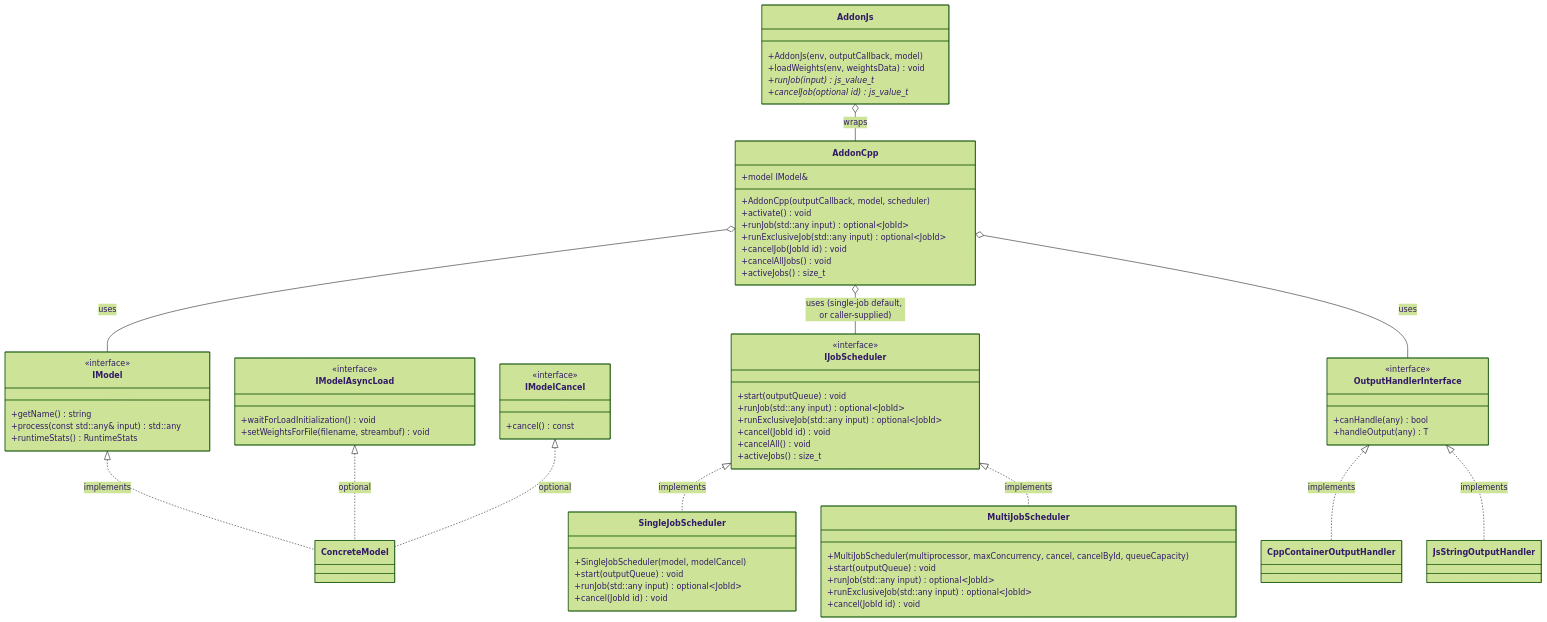
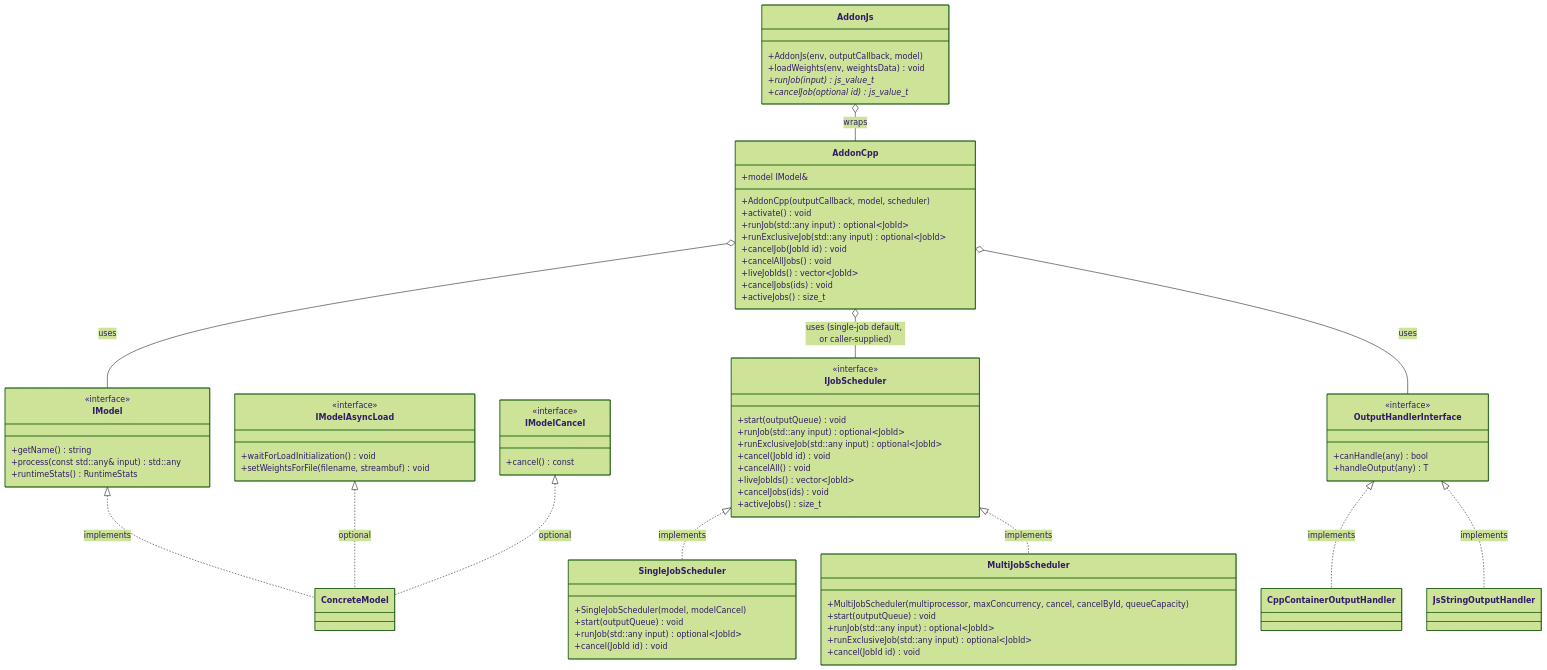
Before and after one commit to tetherto/qvac: the second of 3 diagrams in packages/inference-addon-cpp/docs/architecture.md, drawn with Mermaid (forest theme). The commit also changed other lines of this file and 11 other files, not shown here.

First line of the commit message:
fix[api]: cancel only a snapshot of live jobs when JS cancels without id

```diff
--- a/packages/inference-addon-cpp/docs/architecture.md
+++ b/packages/inference-addon-cpp/docs/architecture.md
@@ -222,6 +222,8 @@
         +runExclusiveJob(std::any input) optional~JobId~
         +cancelJob(JobId id) void
         +cancelAllJobs() void
+        +liveJobIds() vector~JobId~
+        +cancelJobs(ids) void
         +activeJobs() size_t
         +model IModel&
     }
@@ -240,6 +242,8 @@
         +runExclusiveJob(std::any input) optional~JobId~
         +cancel(JobId id) void
         +cancelAll() void
+        +liveJobIds() vector~JobId~
+        +cancelJobs(ids) void
         +activeJobs() size_t
     }
     
```
